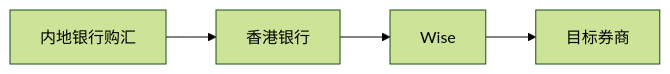
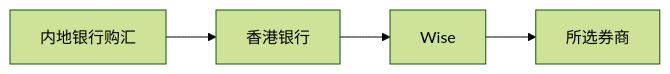
One commit to kola-official/Chinese-invest-USA-Stock changed the first of 2 diagrams in docs/04-入金路径.md. Above: the diagram before and after it, drawn with Mermaid (forest theme). The commit also changed other lines of this file and 7 other files, not shown here.

````diff
--- a/docs/04-入金路径.md
+++ b/docs/04-入金路径.md
@@ -29,6 +29,6 @@
 ```mermaid
 flowchart LR
   A["内地银行购汇"] --> B["香港银行"]
   B --> C["Wise"]
-  C --> D["目标券商"]
+  C --> D["所选券商"]
 ```
````
